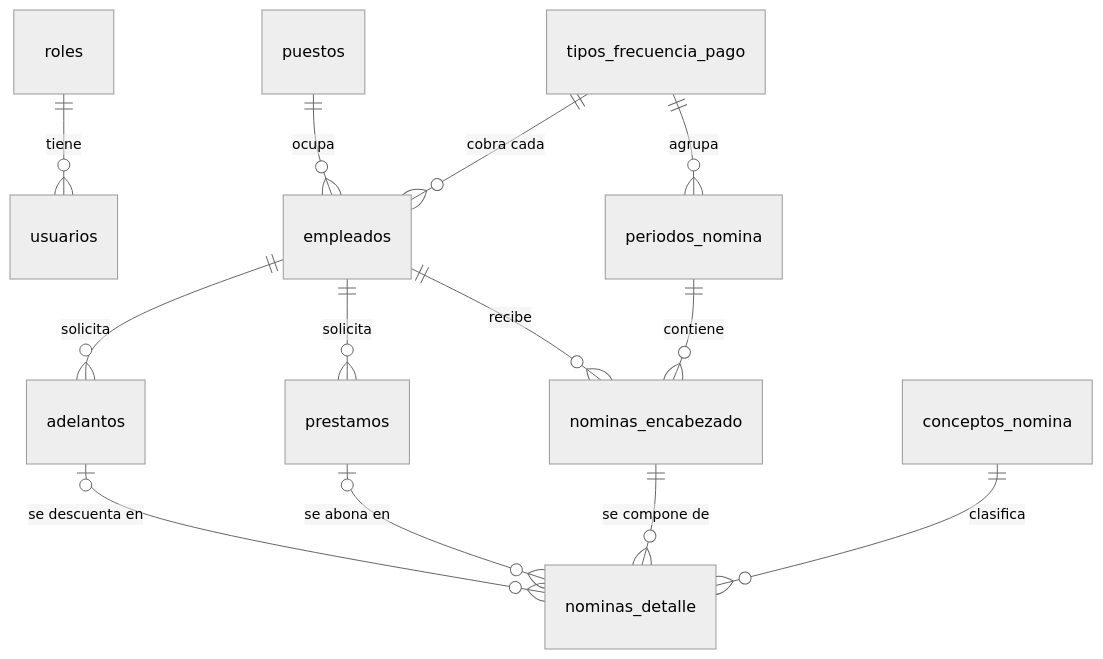
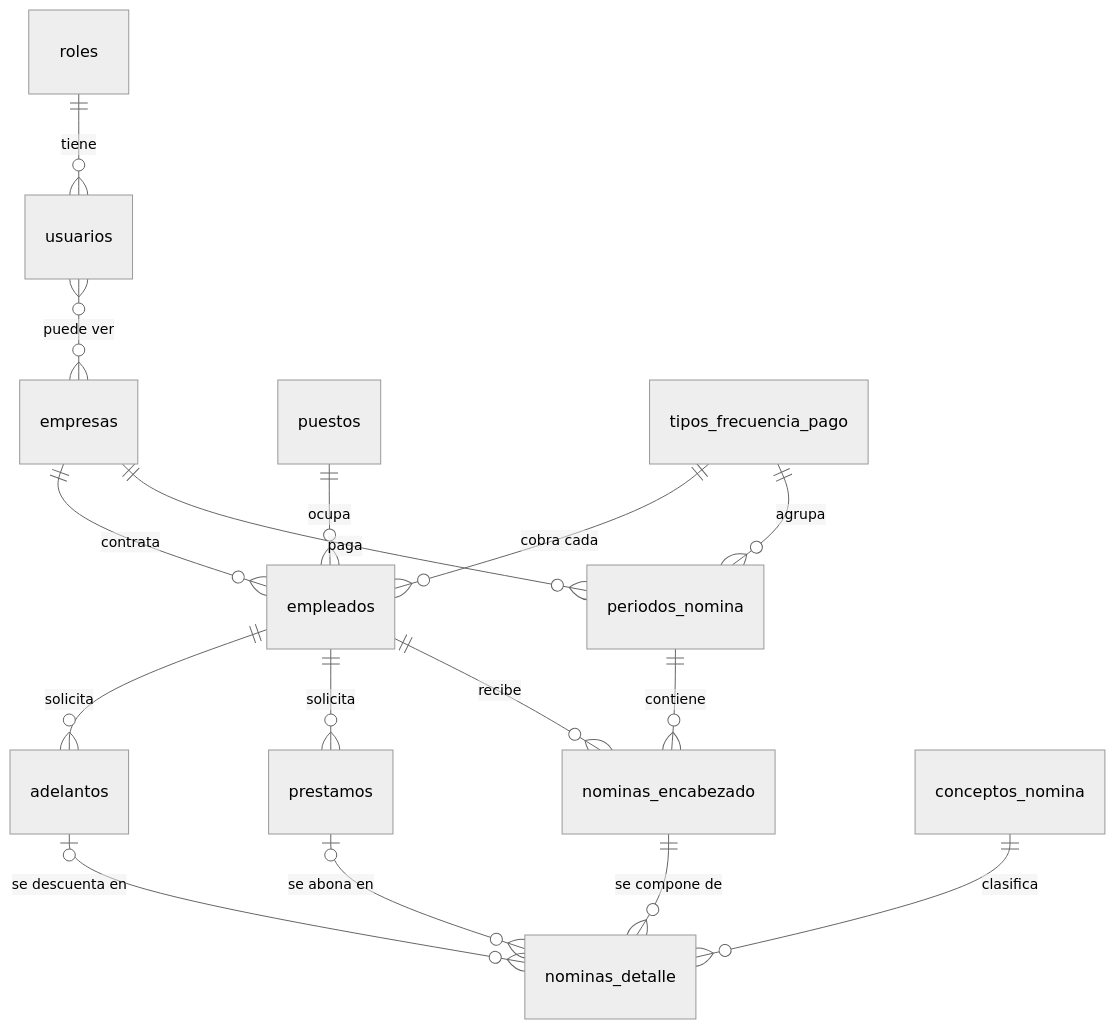
Before and after one commit to Fernandavasquez/sistema-nomina: the diagram in README.md, drawn with Mermaid (neutral theme). The commit also changed other lines of this file and 59 other files, not shown here.

````diff
--- a/README.md
+++ b/README.md
@@ -110,15 +110,18 @@
 ```mermaid
 erDiagram
     roles ||--o{ usuarios : tiene
+    usuarios }o--o{ empresas : "puede ver"
+    empresas ||--o{ empleados : contrata
+    empresas ||--o{ periodos_nomina : paga
     puestos ||--o{ empleados : ocupa
     tipos_frecuencia_pago ||--o{ empleados : "cobra cada"
     tipos_frecuencia_pago ||--o{ periodos_nomina : agrupa
     empleados ||--o{ adelantos : solicita
     empleados ||--o{ prestamos : solicita
     empleados ||--o{ nominas_encabezado : recibe
     periodos_nomina ||--o{ nominas_encabezado : contiene
     nominas_encabezado ||--o{ nominas_detalle : "se compone de"
     conceptos_nomina ||--o{ nominas_detalle : clasifica
     adelantos |o--o{ nominas_detalle : "se descuenta en"
     prestamos |o--o{ nominas_detalle : "se abona en"
 ```
````
